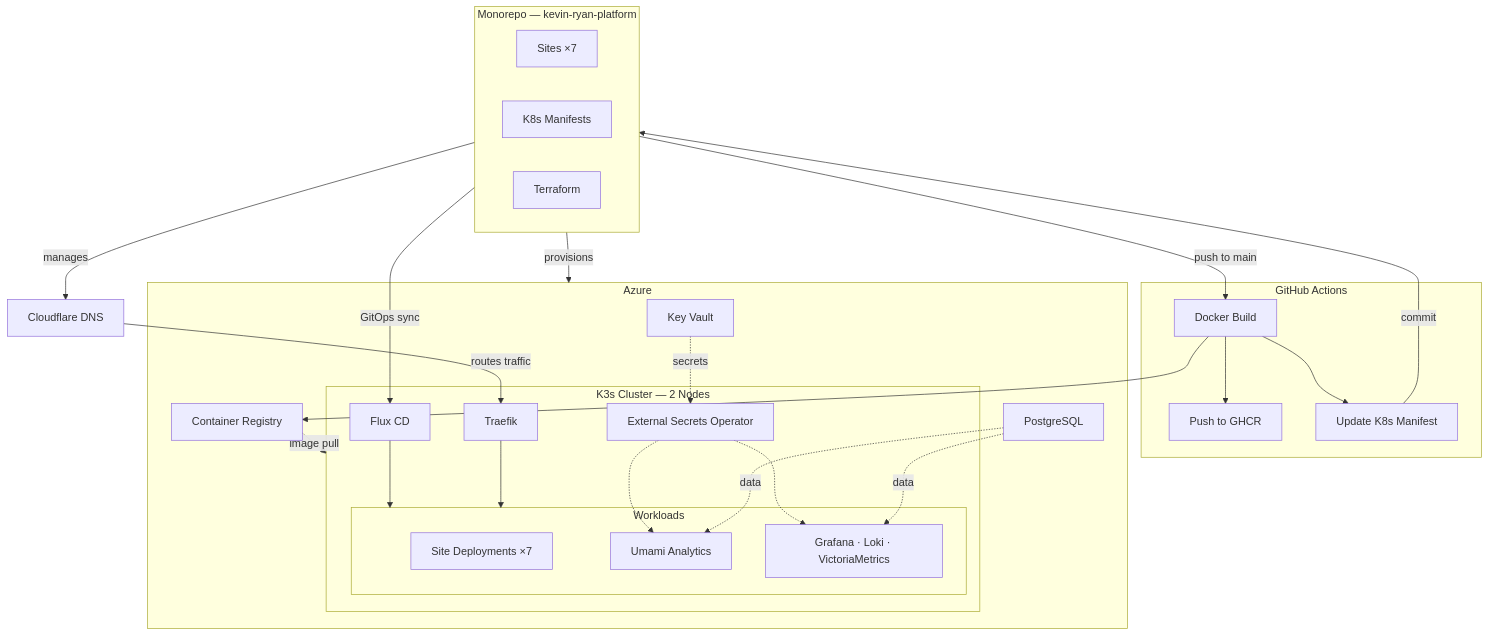
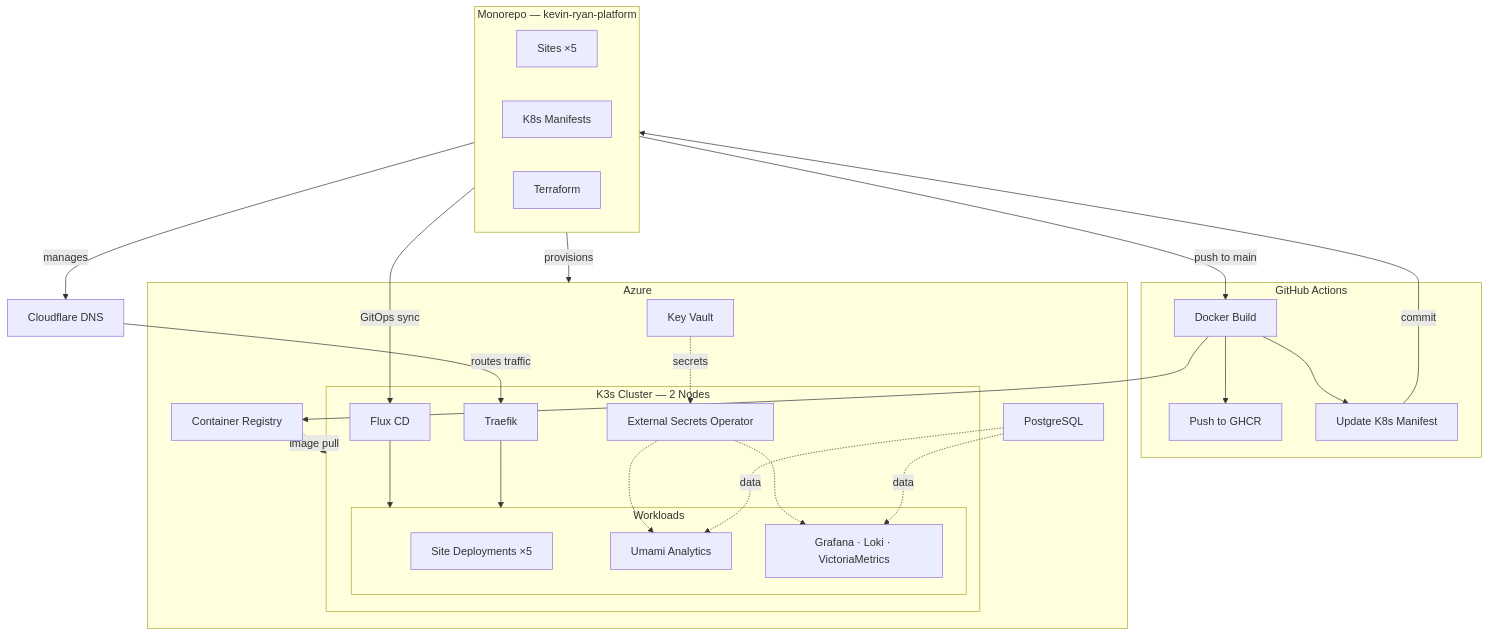
The first of 2 diagrams in docs/index.md (DevOpsKev/kevinryan-io), drawn with Mermaid before and after one commit. The commit also changed other lines of this file and 45 other files, not shown here.

````diff
--- a/docs/index.md
+++ b/docs/index.md
@@ -62,49 +58,49 @@
 ```mermaid
 graph TD
     subgraph repo["Monorepo — kevin-ryan-platform"]
         direction LR
-        sites["Sites ×7"]
+        sites["Sites ×5"]
         k8smanifests["K8s Manifests"]
         tf["Terraform"]
     end
 
     subgraph ci["GitHub Actions"]
         docker["Docker Build"]
         ghcr["Push to GHCR"]
         manifests["Update K8s Manifest"]
     end
 
     subgraph azure["Azure"]
         acr["Container Registry"]
         kv["Key Vault"]
         pg["PostgreSQL"]
         subgraph k3s["K3s Cluster — 2 Nodes"]
             flux["Flux CD"]
             traefik["Traefik"]
             subgraph workloads["Workloads"]
-                sd["Site Deployments ×7"]
+                sd["Site Deployments ×5"]
                 umami["Umami Analytics"]
                 obs["Grafana · Loki · VictoriaMetrics"]
             end
             eso["External Secrets Operator"]
         end
     end
 
     cf["Cloudflare DNS"]
 
     sites -->|push to main| docker
     docker --> acr
     docker --> ghcr
     docker --> manifests
     manifests -->|commit| k8smanifests
     k8smanifests -->|GitOps sync| flux
     flux --> workloads
     tf -->|provisions| azure
     tf -->|manages| cf
     acr -.->|image pull| k3s
     kv -.->|secrets| eso
     eso -.-> umami & obs
     pg -.->|data| umami & obs
     cf -->|routes traffic| traefik
     traefik --> workloads
 ```
````
